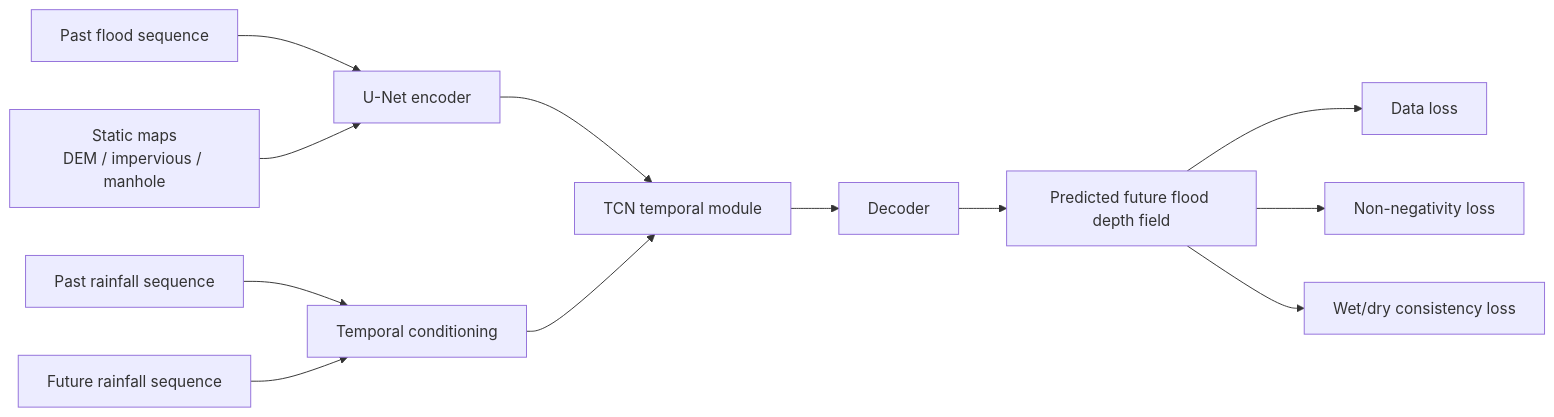
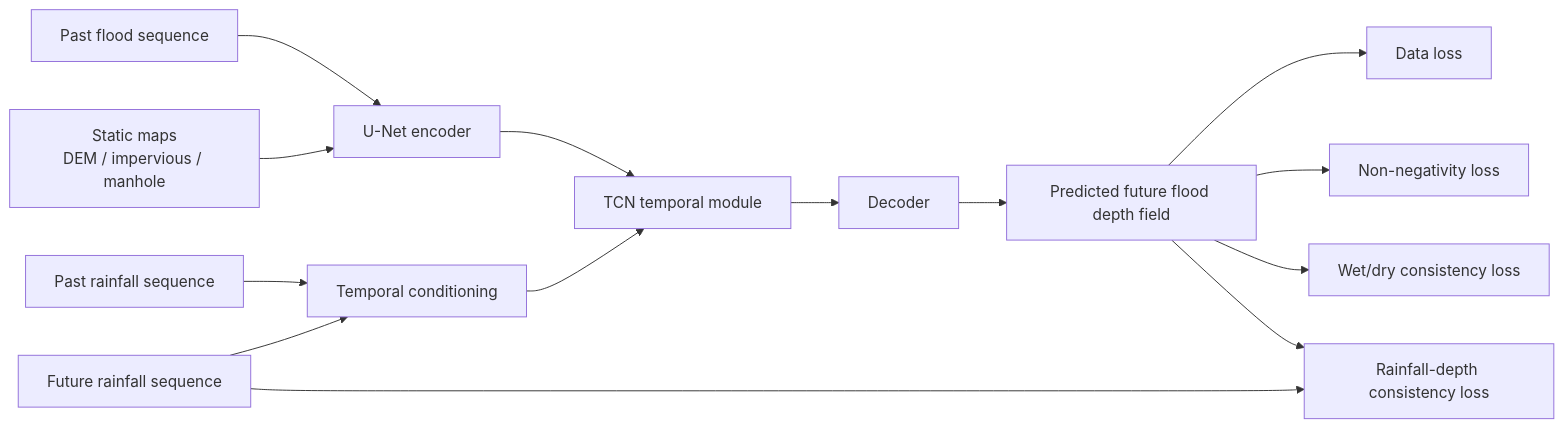
One commit to HolyLin990604/physics-guided-urban-flood-prediction changed the diagram in README.md. Above: the diagram before and after it, drawn with Mermaid. The commit also changed other lines of this file, not shown here.

Commit message:
Refine README mainline wording and method diagram

````diff
--- a/README.md
+++ b/README.md
@@ -7,16 +7,18 @@
 ```mermaid
 flowchart LR
     A[Past flood sequence] --> B[U-Net encoder]
     C[Past rainfall sequence] --> D[Temporal conditioning]
     E[Future rainfall sequence] --> D
     F[Static maps<br/>DEM / impervious / manhole] --> B
 
     B --> G[TCN temporal module]
     D --> G
     G --> H[Decoder]
     H --> I[Predicted future flood depth field]
 
     I --> J[Data loss]
     I --> K[Non-negativity loss]
     I --> L[Wet/dry consistency loss]
+    I --> M[Rainfall-depth consistency loss]
+    E --> M
 ```
````
